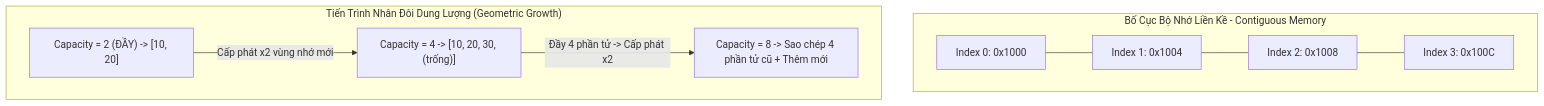
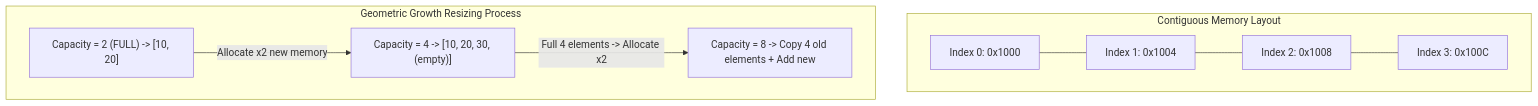
The diagram in src/data/blog/en/48-2026-06-18-data-structure-array-dynamic-array-vector-cpp.md (ga2631/ga2631.github.io), drawn with Mermaid before and after one commit. The commit also changed other lines of this file and 74 other files, not shown here.

````diff
--- a/src/data/blog/en/48-2026-06-18-data-structure-array-dynamic-array-vector-cpp.md
+++ b/src/data/blog/en/48-2026-06-18-data-structure-array-dynamic-array-vector-cpp.md
@@ -49,13 +49,13 @@
 ```mermaid
 flowchart TD
-    subgraph MemoryLayout ["Bố Cục Bộ Nhớ Liền Kề - Contiguous Memory"]
+    subgraph MemoryLayout ["Contiguous Memory Layout"]
         B0["Index 0: 0x1000"] --- B1["Index 1: 0x1004"]
         B1 --- B2["Index 2: 0x1008"]
         B2 --- B3["Index 3: 0x100C"]
     end
 
-    subgraph ResizingFlow ["Tiến Trình Nhân Đôi Dung Lượng (Geometric Growth)"]
-        Cap2["Capacity = 2 (ĐẦY) -> [10, 20]"] -->|"Cấp phát x2 vùng nhớ mới"| Cap4["Capacity = 4 -> [10, 20, 30, (trống)]"]
-        Cap4 -->|"Đầy 4 phần tử -> Cấp phát x2"| Cap8["Capacity = 8 -> Sao chép 4 phần tử cũ + Thêm mới"]
+    subgraph ResizingFlow ["Geometric Growth Resizing Process"]
+        Cap2["Capacity = 2 (FULL) -> [10, 20]"] -->|"Allocate x2 new memory"| Cap4["Capacity = 4 -> [10, 20, 30, (empty)]"]
+        Cap4 -->|"Full 4 elements -> Allocate x2"| Cap8["Capacity = 8 -> Copy 4 old elements + Add new"]
     end
 ```
````
